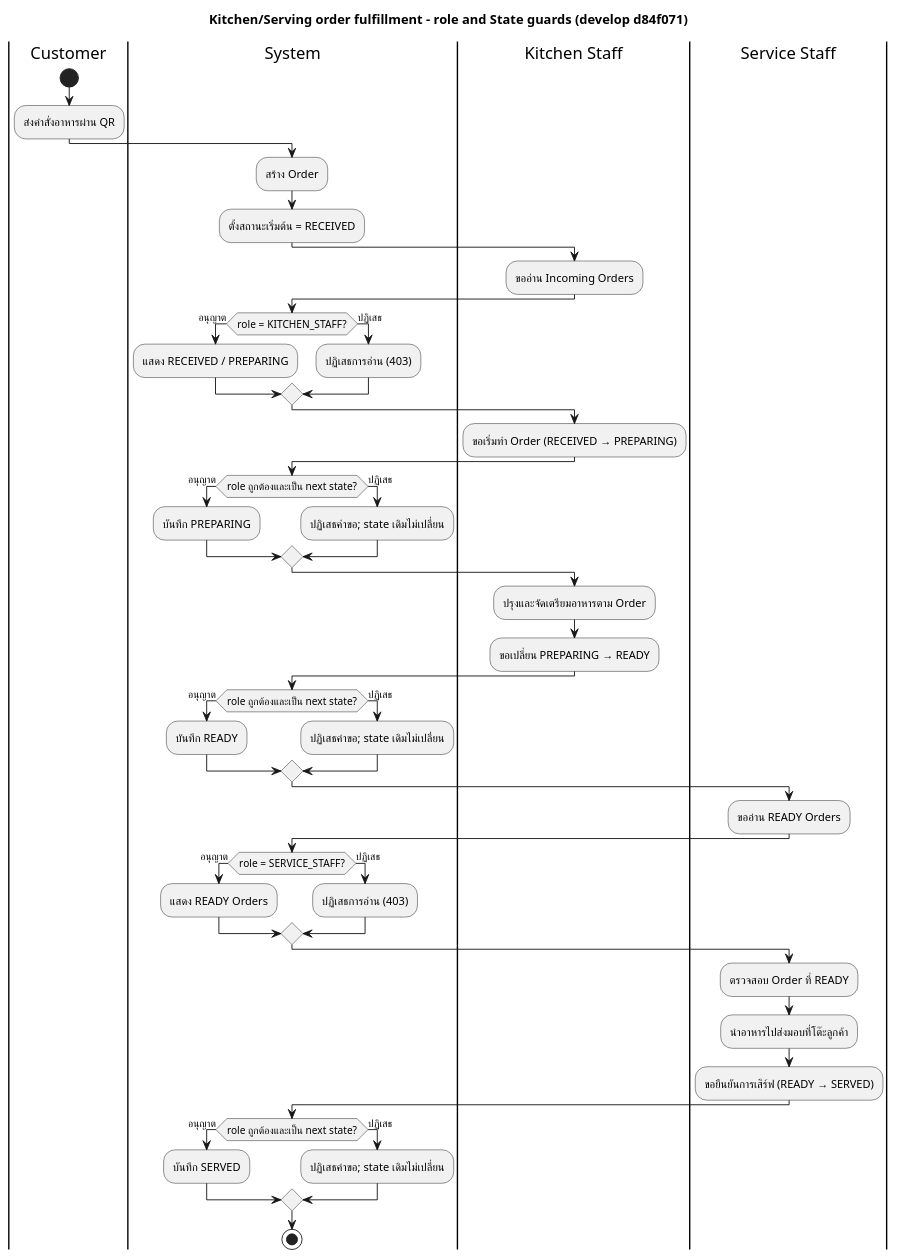
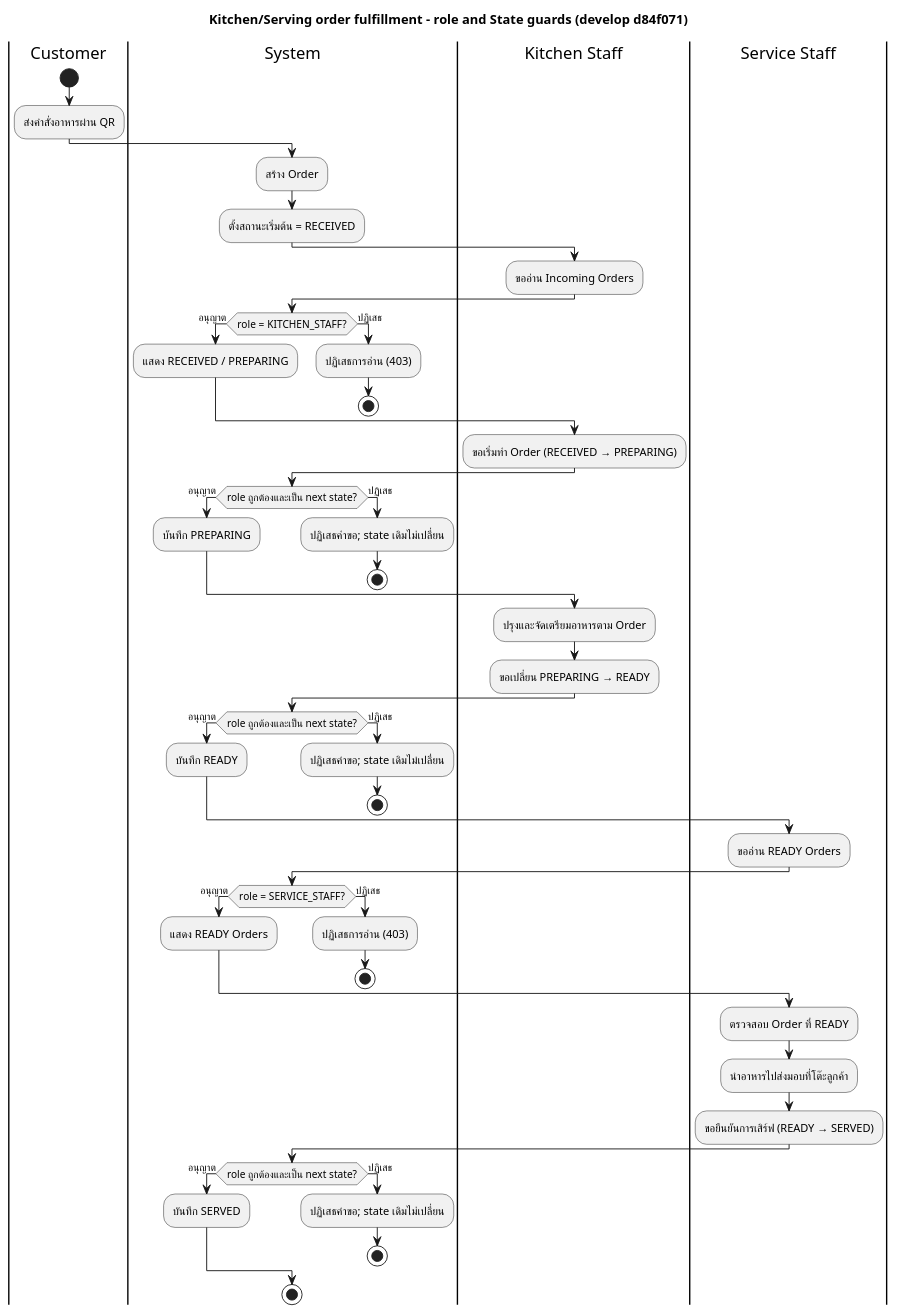
One commit to PavaritPramual/buffet-restaurant-management-system changed the diagram in doc/diagrams/activity-kitchen.puml. Above: the diagram before and after it, drawn with PlantUML. The commit also changed 4 other files, not shown here.

```diff
--- a/doc/diagrams/activity-kitchen.puml
+++ b/doc/diagrams/activity-kitchen.puml
@@ -1,68 +1,73 @@
 @startuml
 title Kitchen/Serving order fulfillment - role and State guards (develop d84f071)
 
 |Customer|
 start
 :ส่งคำสั่งอาหารผ่าน QR;
 
 |System|
 :สร้าง Order;
 :ตั้งสถานะเริ่มต้น = RECEIVED;
 
 |Kitchen Staff|
 :ขออ่าน Incoming Orders;
 
 |System|
 if (role = KITCHEN_STAFF?) then (อนุญาต)
     :แสดง RECEIVED / PREPARING;
 else (ปฏิเสธ)
     :ปฏิเสธการอ่าน (403);
+    stop
 endif
 
 |Kitchen Staff|
 :ขอเริ่มทำ Order (RECEIVED → PREPARING);
 
 |System|
 if (role ถูกต้องและเป็น next state?) then (อนุญาต)
     :บันทึก PREPARING;
 else (ปฏิเสธ)
     :ปฏิเสธคำขอ; state เดิมไม่เปลี่ยน;
+    stop
 endif
 
 |Kitchen Staff|
 :ปรุงและจัดเตรียมอาหารตาม Order;
 
 |Kitchen Staff|
 :ขอเปลี่ยน PREPARING → READY;
 
 |System|
 if (role ถูกต้องและเป็น next state?) then (อนุญาต)
     :บันทึก READY;
 else (ปฏิเสธ)
     :ปฏิเสธคำขอ; state เดิมไม่เปลี่ยน;
+    stop
 endif
 
 |Service Staff|
 :ขออ่าน READY Orders;
 
 |System|
 if (role = SERVICE_STAFF?) then (อนุญาต)
     :แสดง READY Orders;
 else (ปฏิเสธ)
     :ปฏิเสธการอ่าน (403);
+    stop
 endif
 
 |Service Staff|
 :ตรวจสอบ Order ที่ READY;
 :นำอาหารไปส่งมอบที่โต๊ะลูกค้า;
 :ขอยืนยันการเสิร์ฟ (READY → SERVED);
 
 |System|
 if (role ถูกต้องและเป็น next state?) then (อนุญาต)
     :บันทึก SERVED;
 else (ปฏิเสธ)
     :ปฏิเสธคำขอ; state เดิมไม่เปลี่ยน;
+    stop
 endif
 
 stop
 @enduml
```
